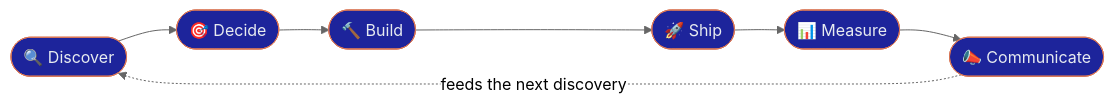
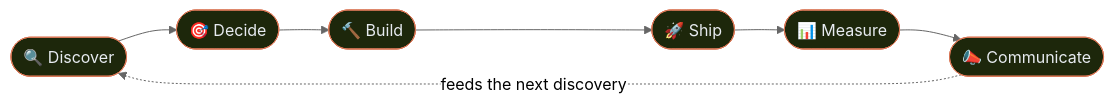
The diagram in README.md (mohitagw15856/pm-claude-skills), drawn with Mermaid (neutral theme) before and after one commit. The commit also changed other lines of this file and 5 other files, not shown here.

````diff
--- a/README.md
+++ b/README.md
@@ -156,7 +156,7 @@
 ```mermaid
 flowchart LR
     A(["🔍 Discover"]) --> B(["🎯 Decide"]) --> C(["🔨 Build"]) --> D(["🚀 Ship"]) --> E(["📊 Measure"]) --> F(["📣 Communicate"])
     F -. "feeds the next discovery" .-> A
-    classDef s fill:#1d249b,stroke:#d97757,color:#e7ebf0;
+    classDef s fill:#1d270b,stroke:#d97757,color:#e7ebf0;
     class A,B,C,D,E,F s;
 ```
````
